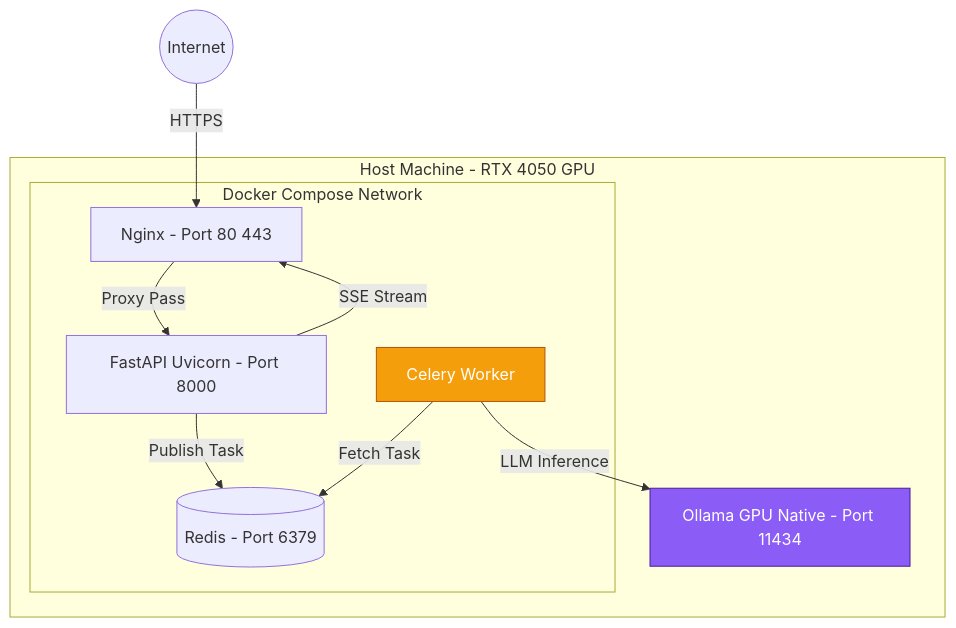
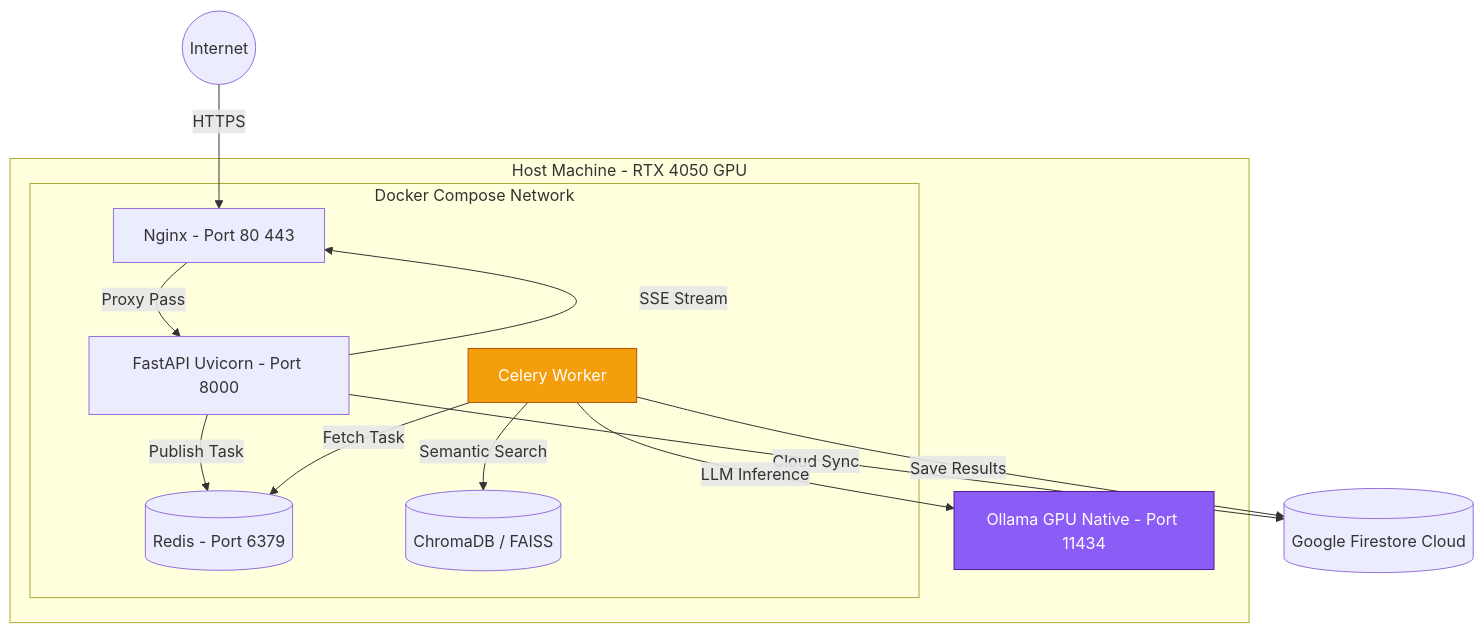
One commit to majd102-p/TruthLens-AI-Credibility-Platform changed the second of 10 diagrams in README.MD. Above: the diagram before and after it, drawn with Mermaid. The commit also changed other lines of this file, not shown here.

````diff
--- a/README.MD
+++ b/README.MD
@@ -210,22 +224,27 @@
 ```mermaid
 flowchart TD
     subgraph Host [Host Machine - RTX 4050 GPU]
         subgraph Docker [Docker Compose Network]
             N[Nginx - Port 80 443]
             A[FastAPI Uvicorn - Port 8000]
             W[Celery Worker]
             R[(Redis - Port 6379)]
+            V[(ChromaDB / FAISS)]
         end
         O[Ollama GPU Native - Port 11434]
     end
+    FS[(Google Firestore Cloud)]
 
     I((Internet)) -->|HTTPS| N
+    W -->|Semantic Search| V
+    A -->|Cloud Sync| FS
+    W -->|Save Results| FS
     N -->|Proxy Pass| A
     A -->|SSE Stream| N
     A -->|Publish Task| R
     W -->|Fetch Task| R
     W -->|LLM Inference| O
 
     style O fill:#8b5cf6,stroke:#4c1d95,color:#fff
     style W fill:#f59e0b,stroke:#b45309,color:#fff
 ```
````
